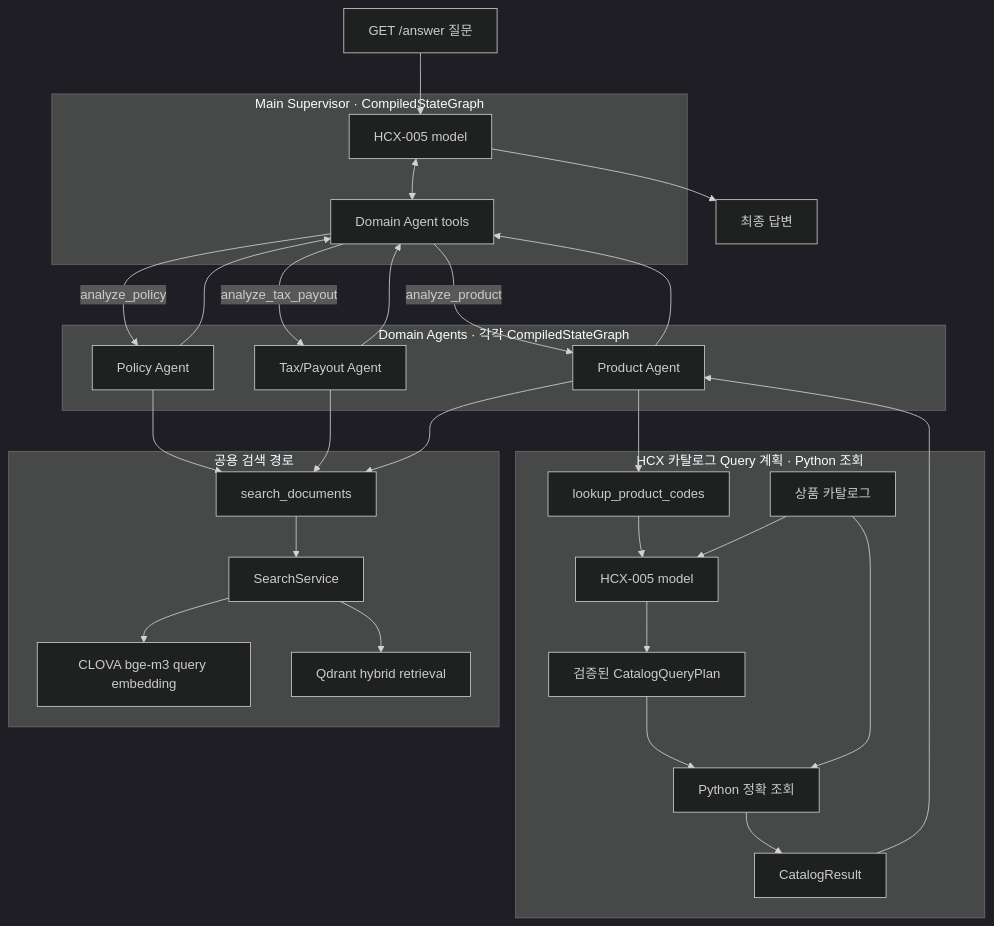
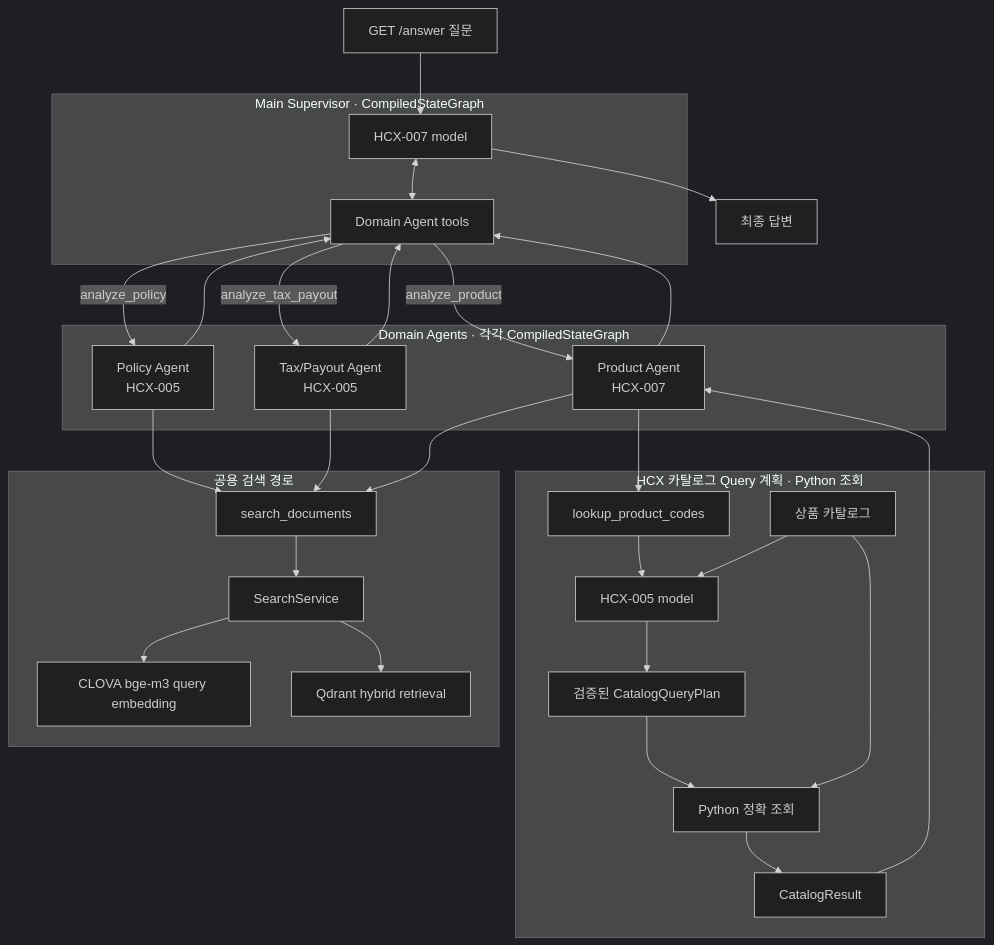
The first of 5 diagrams in docs/architecture/agent-graphs.md (nayeon653/-ace3), drawn with Mermaid (dark theme) before and after one commit. The commit also changed 20 other files, not shown here.

First line of the commit message:
feat(agent): 역할별 HCX 모델을 선택 적용

````diff
--- a/docs/architecture/agent-graphs.md
+++ b/docs/architecture/agent-graphs.md
@@ -14,44 +14,44 @@
 ```mermaid
 flowchart TB
     question["GET /answer 질문"] --> supervisor
 
     subgraph main["Main Supervisor · CompiledStateGraph"]
-        supervisor["HCX-005 model"] <--> domain_tools["Domain Agent tools"]
+        supervisor["HCX-007 model"] <--> domain_tools["Domain Agent tools"]
     end
 
     domain_tools -->|analyze_policy| domain_policy
     domain_tools -->|analyze_tax_payout| domain_tax_payout
     domain_tools -->|analyze_product| domain_product
 
     subgraph domains["Domain Agents · 각각 CompiledStateGraph"]
-        domain_policy["Policy Agent"]
-        domain_tax_payout["Tax/Payout Agent"]
-        domain_product["Product Agent"]
+        domain_policy["Policy Agent<br/>HCX-005"]
+        domain_tax_payout["Tax/Payout Agent<br/>HCX-005"]
+        domain_product["Product Agent<br/>HCX-007"]
     end
 
     domain_policy --> domain_tools
     domain_policy --> search_tools
     domain_tax_payout --> domain_tools
     domain_tax_payout --> search_tools
     domain_product --> domain_tools
     domain_product --> search_tools
 
     subgraph catalog["HCX 카탈로그 Query 계획 · Python 조회"]
         catalog_lookup["lookup_product_codes"] --> catalog_hcx["HCX-005 model"]
         product_catalog["상품 카탈로그"] --> catalog_hcx
         catalog_hcx --> catalog_query["검증된 CatalogQueryPlan"]
         catalog_query --> catalog_execute["Python 정확 조회"]
         product_catalog --> catalog_execute
         catalog_execute --> catalog_result["CatalogResult"]
     end
     domain_product --> catalog_lookup
     catalog_result --> domain_product
 
     subgraph search["공용 검색 경로"]
         search_tools["search_documents"] --> search_service["SearchService"]
         search_service --> embedding["CLOVA bge-m3 query embedding"]
         search_service --> qdrant["Qdrant hybrid retrieval"]
     end
 
     supervisor --> answer["최종 답변"]
 ```
````
